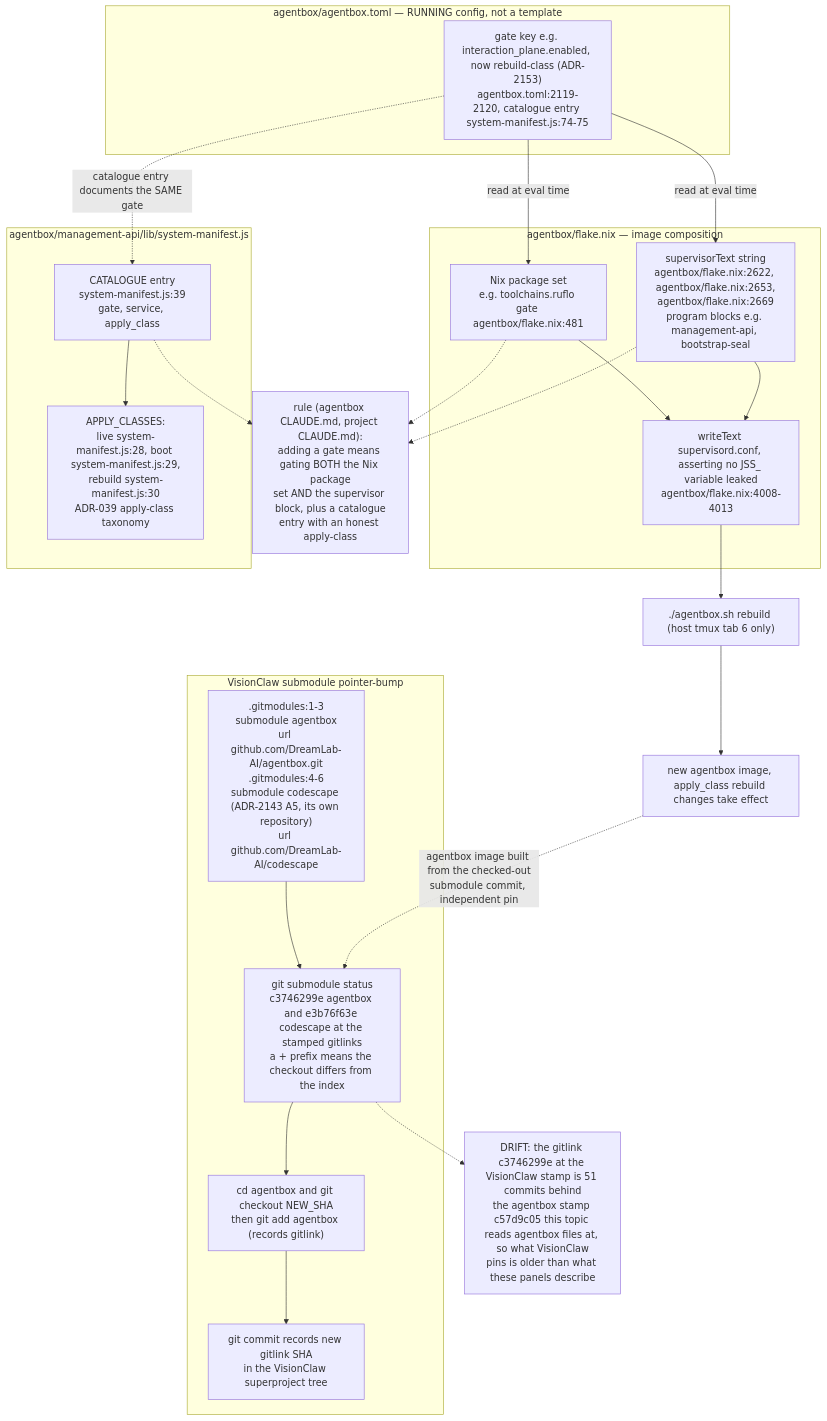
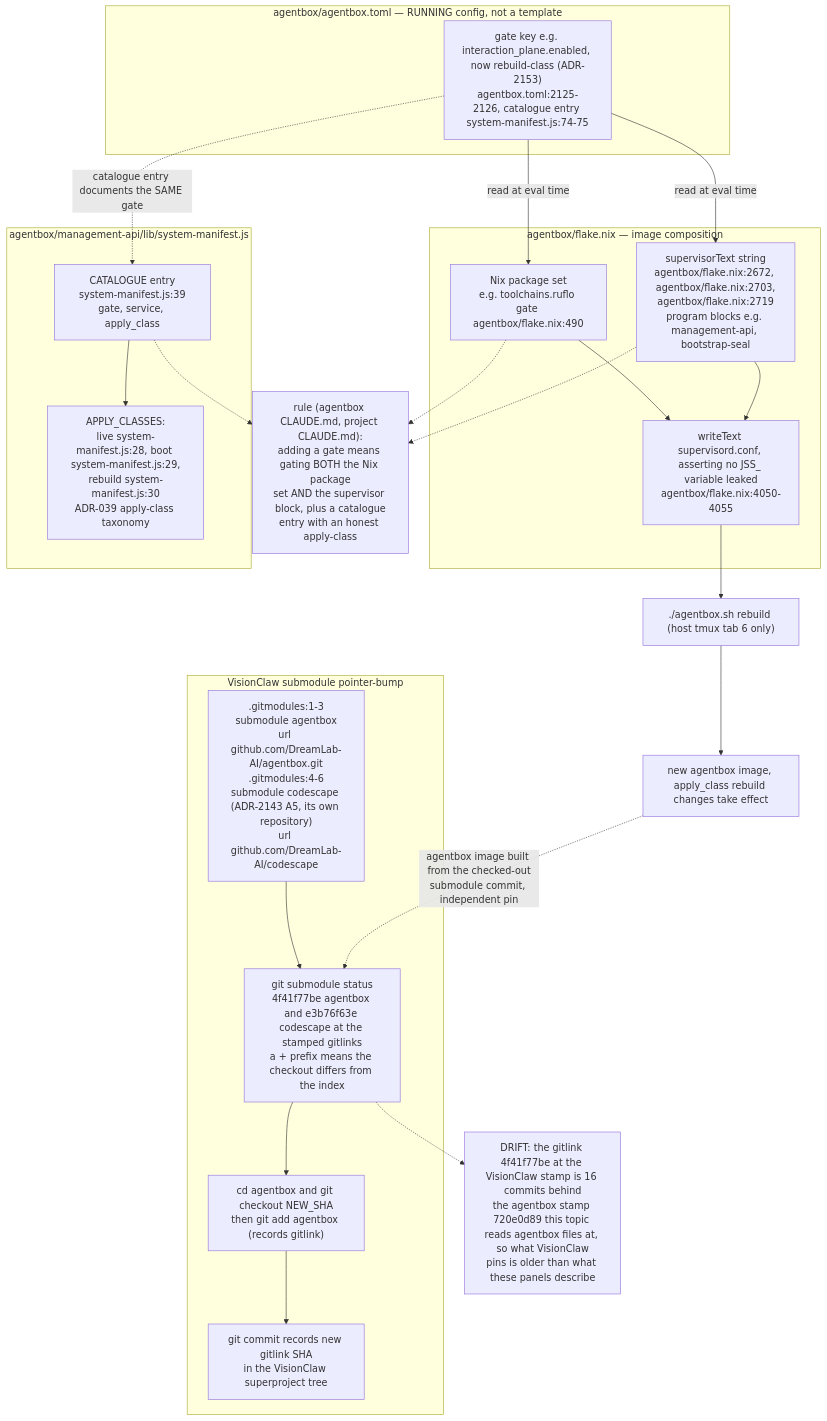
Before and after one commit to DreamLab-AI/VisionFlow: the tenth of 24 diagrams in docs/diagrams/estate/09-build-deploy-and-ci-estate.md, drawn with Mermaid. The commit also changed other lines of this file and 49 other files, not shown here.

First line of the commit message:
docs(diagrams): re-derive and re-stamp VisionClaw, estate, knowledge-graph, visionGraph, VisionFlow and sidestr topics

````diff
--- a/docs/diagrams/estate/09-build-deploy-and-ci-estate.md
+++ b/docs/diagrams/estate/09-build-deploy-and-ci-estate.md
@@ -406,44 +406,44 @@
 ```mermaid
 flowchart TB
     subgraph FLAKE["agentbox/flake.nix — image composition"]
-        NIXPKG["Nix package set<br/>e.g. toolchains.ruflo gate agentbox/flake.nix:481"]
-        SUPTEXT["supervisorText string<br/>agentbox/flake.nix:2622, agentbox/flake.nix:2653,<br/>agentbox/flake.nix:2669<br/>program blocks e.g. management-api, bootstrap-seal"]
-        SUPWRITE["writeText supervisord.conf, asserting no JSS_ variable leaked<br/>agentbox/flake.nix:4008-4013"]
+        NIXPKG["Nix package set<br/>e.g. toolchains.ruflo gate agentbox/flake.nix:490"]
+        SUPTEXT["supervisorText string<br/>agentbox/flake.nix:2672, agentbox/flake.nix:2703,<br/>agentbox/flake.nix:2719<br/>program blocks e.g. management-api, bootstrap-seal"]
+        SUPWRITE["writeText supervisord.conf, asserting no JSS_ variable leaked<br/>agentbox/flake.nix:4050-4055"]
     end
     subgraph TOML["agentbox/agentbox.toml — RUNNING config, not a template"]
-        GATEKEY["gate key e.g. interaction_plane.enabled, now rebuild-class (ADR-2153)<br/>agentbox.toml:2119-2120, catalogue entry system-manifest.js:74-75"]
+        GATEKEY["gate key e.g. interaction_plane.enabled, now rebuild-class (ADR-2153)<br/>agentbox.toml:2125-2126, catalogue entry system-manifest.js:74-75"]
     end
     subgraph MANIFEST["agentbox/management-api/lib/system-manifest.js"]
         CATALOGUE["CATALOGUE entry<br/>system-manifest.js:39<br/>gate, service, apply_class"]
         APPLYCLASS["APPLY_CLASSES:<br/>live system-manifest.js:28, boot system-manifest.js:29,<br/>rebuild system-manifest.js:30<br/>ADR-039 apply-class taxonomy"]
     end
 
     GATEKEY -->|"read at eval time"| NIXPKG
     GATEKEY -->|"read at eval time"| SUPTEXT
     NIXPKG --> SUPWRITE
     SUPTEXT --> SUPWRITE
     GATEKEY -.->|"catalogue entry documents the SAME gate"| CATALOGUE
     CATALOGUE --> APPLYCLASS
 
     RULE["rule (agentbox CLAUDE.md, project CLAUDE.md):<br/>adding a gate means gating BOTH the Nix package<br/>set AND the supervisor block, plus a catalogue<br/>entry with an honest apply-class"]
     NIXPKG -.-> RULE
     SUPTEXT -.-> RULE
     CATALOGUE -.-> RULE
 
     REBUILD["./agentbox.sh rebuild (host tmux tab 6 only)"]
     SUPWRITE --> REBUILD
     REBUILD --> IMAGE["new agentbox image, apply_class rebuild changes take effect"]
 
     subgraph SUBMOD["VisionClaw submodule pointer-bump"]
         GITMODULES[".gitmodules:1-3<br/>submodule agentbox<br/>url github.com/DreamLab-AI/agentbox.git<br/>.gitmodules:4-6<br/>submodule codescape (ADR-2143 A5, its own repository)<br/>url github.com/DreamLab-AI/codescape"]
-        SUBSTATUS["git submodule status<br/>c3746299e agentbox and e3b76f63e codescape at the stamped gitlinks<br/>a + prefix means the checkout differs from the index"]
+        SUBSTATUS["git submodule status<br/>4f41f77be agentbox and e3b76f63e codescape at the stamped gitlinks<br/>a + prefix means the checkout differs from the index"]
         SUBUPDATE["cd agentbox and git checkout NEW_SHA<br/>then git add agentbox (records gitlink)"]
         SUBCOMMIT["git commit records new gitlink SHA<br/>in the VisionClaw superproject tree"]
     end
     GITMODULES --> SUBSTATUS
     SUBSTATUS --> SUBUPDATE
     SUBUPDATE --> SUBCOMMIT
     IMAGE -.->|"agentbox image built from the checked-out<br/>submodule commit, independent pin"| SUBSTATUS
-    SKEW["DRIFT: the gitlink c3746299e at the VisionClaw stamp is 51 commits behind<br/>the agentbox stamp c57d9c05 this topic reads agentbox files at, so what VisionClaw<br/>pins is older than what these panels describe"]
+    SKEW["DRIFT: the gitlink 4f41f77be at the VisionClaw stamp is 16 commits behind<br/>the agentbox stamp 720e0d89 this topic reads agentbox files at, so what VisionClaw<br/>pins is older than what these panels describe"]
     SUBSTATUS -.-> SKEW
 ```
````
